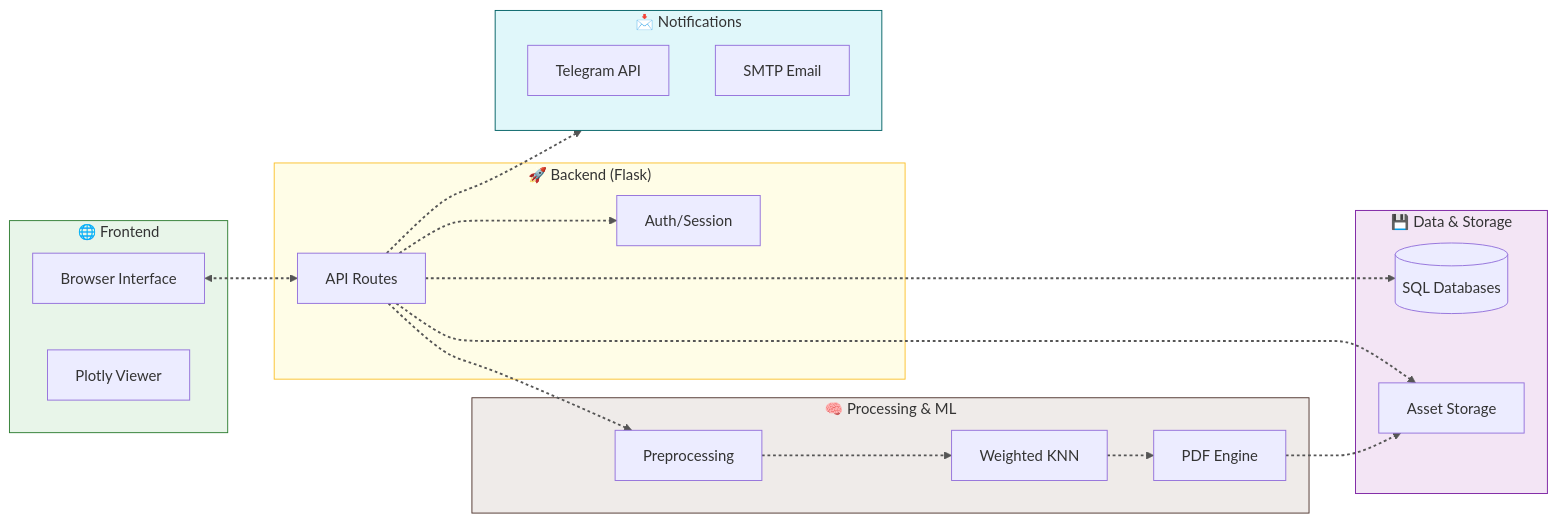
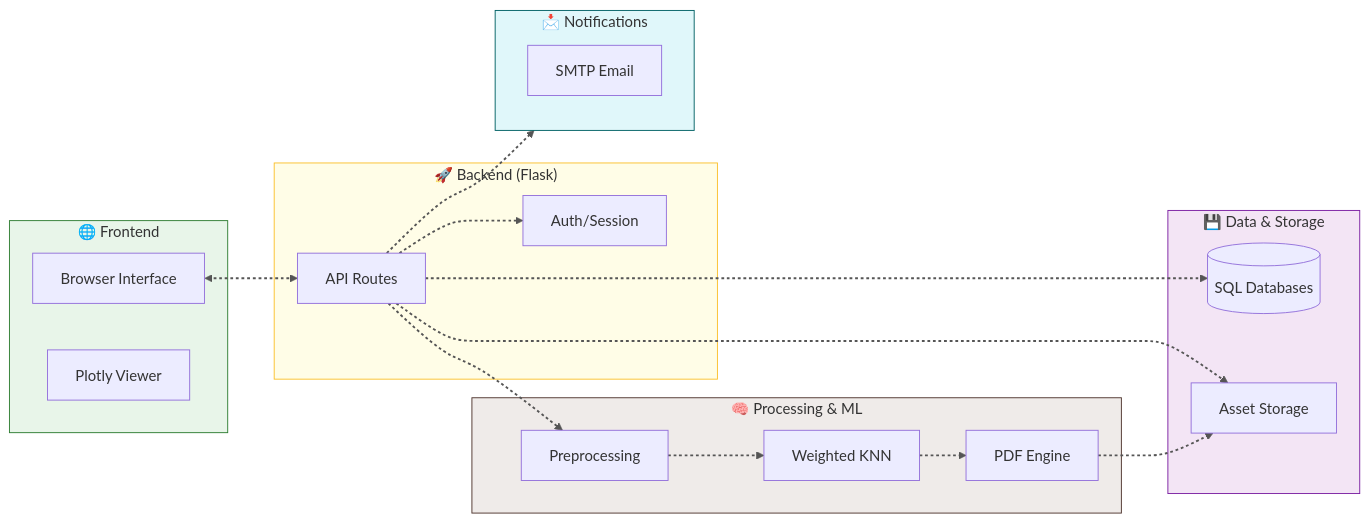
Before and after one commit to Jaideep193/Cardiac_Arrhythmia_Detection_And_Classification: the second of 2 diagrams in README.md, drawn with Mermaid. The commit also changed other lines of this file, not shown here.

````diff
--- a/README.md
+++ b/README.md
@@ -94,45 +94,45 @@
 ```mermaid
 graph LR
     subgraph Client ["🌐 Frontend"]
         UI[Browser Interface]
         Plotly[Plotly Viewer]
     end
 
     subgraph Server ["🚀 Backend (Flask)"]
         API[API Routes]
         Auth[Auth/Session]
     end
 
     subgraph Logic ["🧠 Processing & ML"]
         PP[Preprocessing]
         KNN[Weighted KNN]
         PDF[PDF Engine]
     end
 
     subgraph Data ["💾 Data & Storage"]
         DB[(SQL Databases)]
         FS[Asset Storage]
     end
 
     subgraph Notify ["📩 Notifications"]
-        Tele[Telegram API]
+        
         Mail[SMTP Email]
     end
 
     UI <-.-> API
     API -.-> Auth
     API -.-> PP
     PP -.-> KNN
     KNN -.-> PDF
     API -.-> DB
     API -.-> FS
     PDF -.-> FS
     API -.-> Notify
 
     linkStyle default stroke:#555,stroke-width:2px,stroke-dasharray: 3;
     style Client fill:#e8f5e9,stroke:#2e7d32
     style Server fill:#fffde7,stroke:#fbc02d
     style Logic fill:#efebe9,stroke:#4e342e
     style Data fill:#f3e5f5,stroke:#7b1fa2
     style Notify fill:#e0f7fa,stroke:#006064
 ```
````
